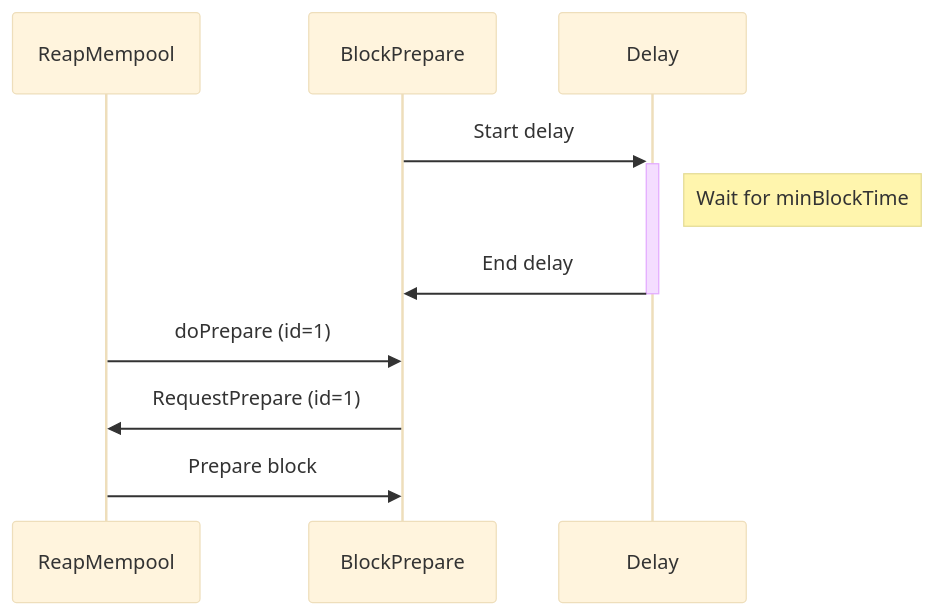
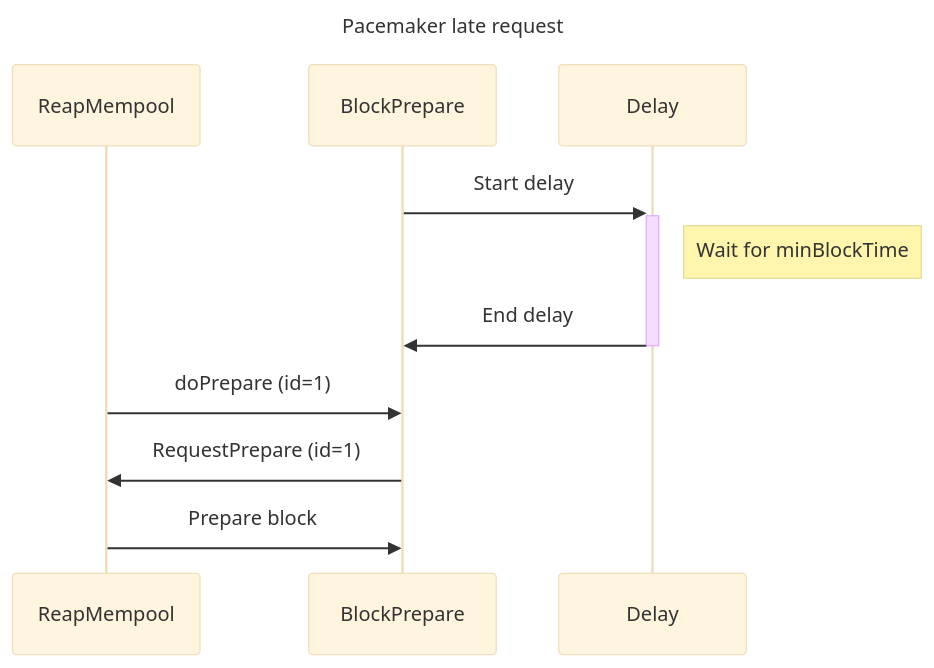
One commit to pokt-network/pocket changed the ninth of 9 diagrams in consensus/README.md. Above: the diagram before and after it, drawn with Mermaid (base theme). The commit also changed other lines of this file, not shown here.

````diff
--- a/consensus/README.md
+++ b/consensus/README.md
@@ -316,13 +346,15 @@
 ```mermaid
 sequenceDiagram
+  title: Pacemaker late request
+
   participant ReapMempool
   participant BlockPrepare
   participant Delay
 
   BlockPrepare->>+Delay:Start delay
   Note right of Delay: Wait for minBlockTime
   Delay->>-BlockPrepare:End delay
   ReapMempool->>BlockPrepare:doPrepare (id=1)
   BlockPrepare->>ReapMempool:RequestPrepare (id=1)
   ReapMempool->>BlockPrepare: Prepare block
 ```
````
